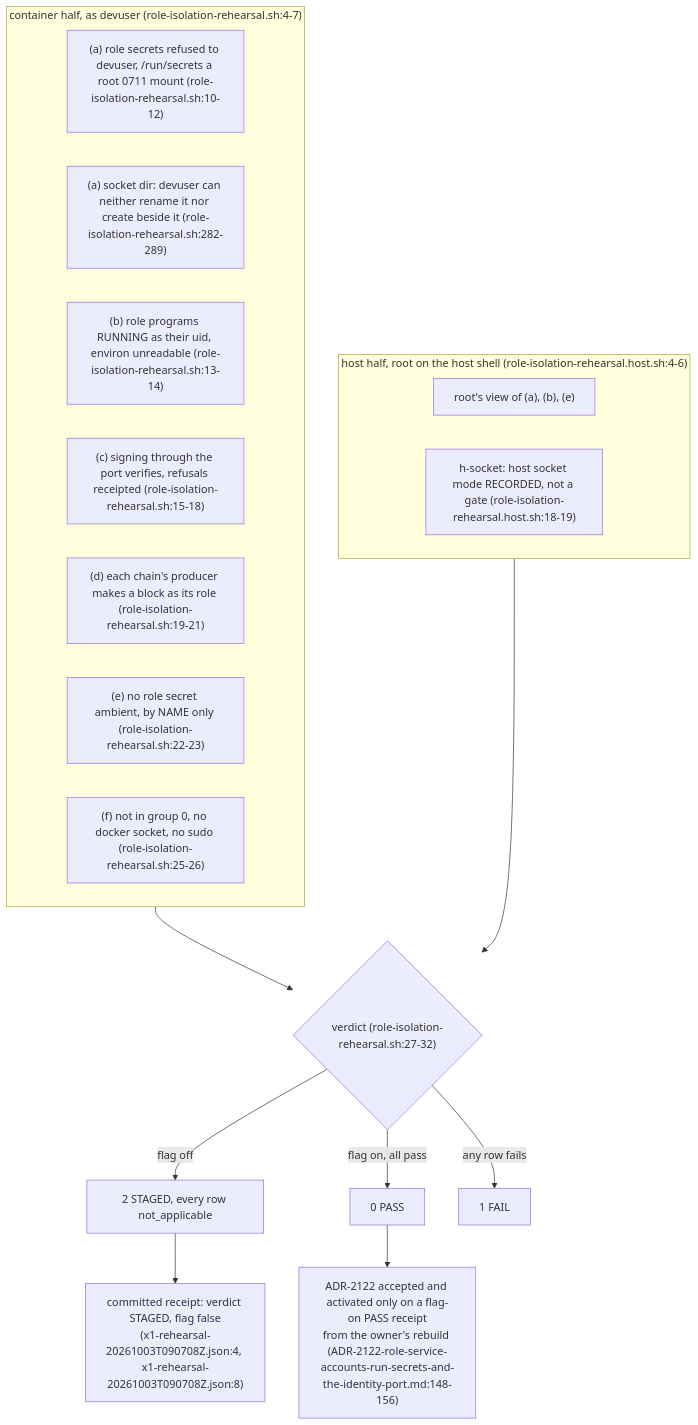
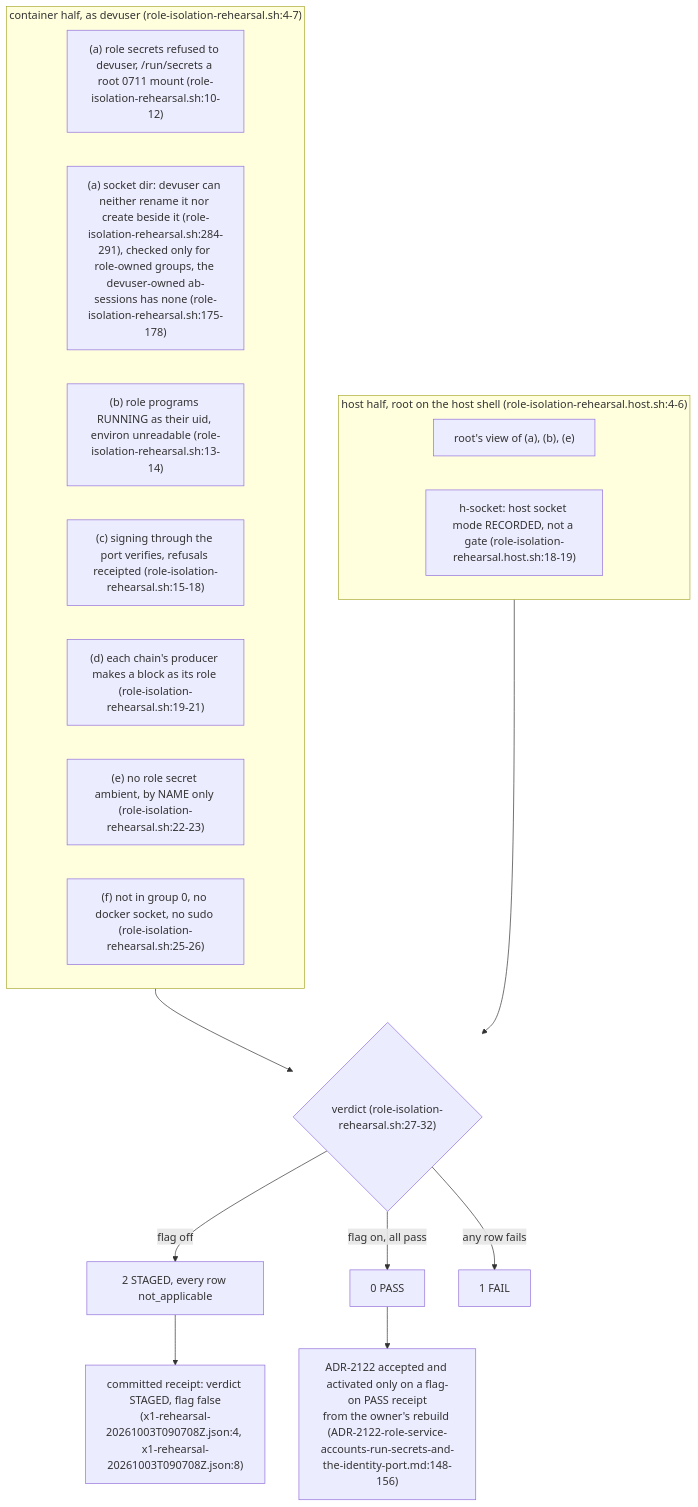
The seventh of 7 diagrams in docs/diagrams/agentbox/36-role-isolation-and-identity-port.md (DreamLab-AI/VisionFlow), drawn with Mermaid before and after one commit. The commit also changed other lines of this file and 142 other files, not shown here.

First line of the commit message:
docs(diagrams): one System One route; re-verify 140 topics at today's heads

````diff
--- a/docs/diagrams/agentbox/36-role-isolation-and-identity-port.md
+++ b/docs/diagrams/agentbox/36-role-isolation-and-identity-port.md
@@ -237,24 +237,24 @@
 ```mermaid
 flowchart TB
     subgraph IN["container half, as devuser (role-isolation-rehearsal.sh:4-7)"]
         A["(a) role secrets refused to devuser, /run/secrets a root 0711 mount (role-isolation-rehearsal.sh:10-12)"]
-        A2["(a) socket dir: devuser can neither rename it nor create beside it (role-isolation-rehearsal.sh:282-289)"]
+        A2["(a) socket dir: devuser can neither rename it nor create beside it (role-isolation-rehearsal.sh:284-291), checked only for role-owned groups, the devuser-owned ab-sessions has none (role-isolation-rehearsal.sh:175-178)"]
         B["(b) role programs RUNNING as their uid, environ unreadable (role-isolation-rehearsal.sh:13-14)"]
         C["(c) signing through the port verifies, refusals receipted (role-isolation-rehearsal.sh:15-18)"]
         D["(d) each chain's producer makes a block as its role (role-isolation-rehearsal.sh:19-21)"]
         E["(e) no role secret ambient, by NAME only (role-isolation-rehearsal.sh:22-23)"]
         F["(f) not in group 0, no docker socket, no sudo (role-isolation-rehearsal.sh:25-26)"]
     end
     subgraph HOST["host half, root on the host shell (role-isolation-rehearsal.host.sh:4-6)"]
         H1["root's view of (a), (b), (e)"]
         H2["h-socket: host socket mode RECORDED, not a gate (role-isolation-rehearsal.host.sh:18-19)"]
     end
     V{"verdict (role-isolation-rehearsal.sh:27-32)"}
     IN --> V
     HOST --> V
     V -->|"flag off"| ST["2 STAGED, every row not_applicable"]
     V -->|"flag on, all pass"| PA["0 PASS"]
     V -->|"any row fails"| FA["1 FAIL"]
     ST --> REC["committed receipt: verdict STAGED, flag false<br/>(x1-rehearsal-20261003T090708Z.json:4, x1-rehearsal-20261003T090708Z.json:8)"]
     PA --> ACC["ADR-2122 accepted and activated only on a flag-on PASS receipt<br/>from the owner's rebuild (ADR-2122-role-service-accounts-run-secrets-and-the-identity-port.md:148-156)"]
 ```
````
